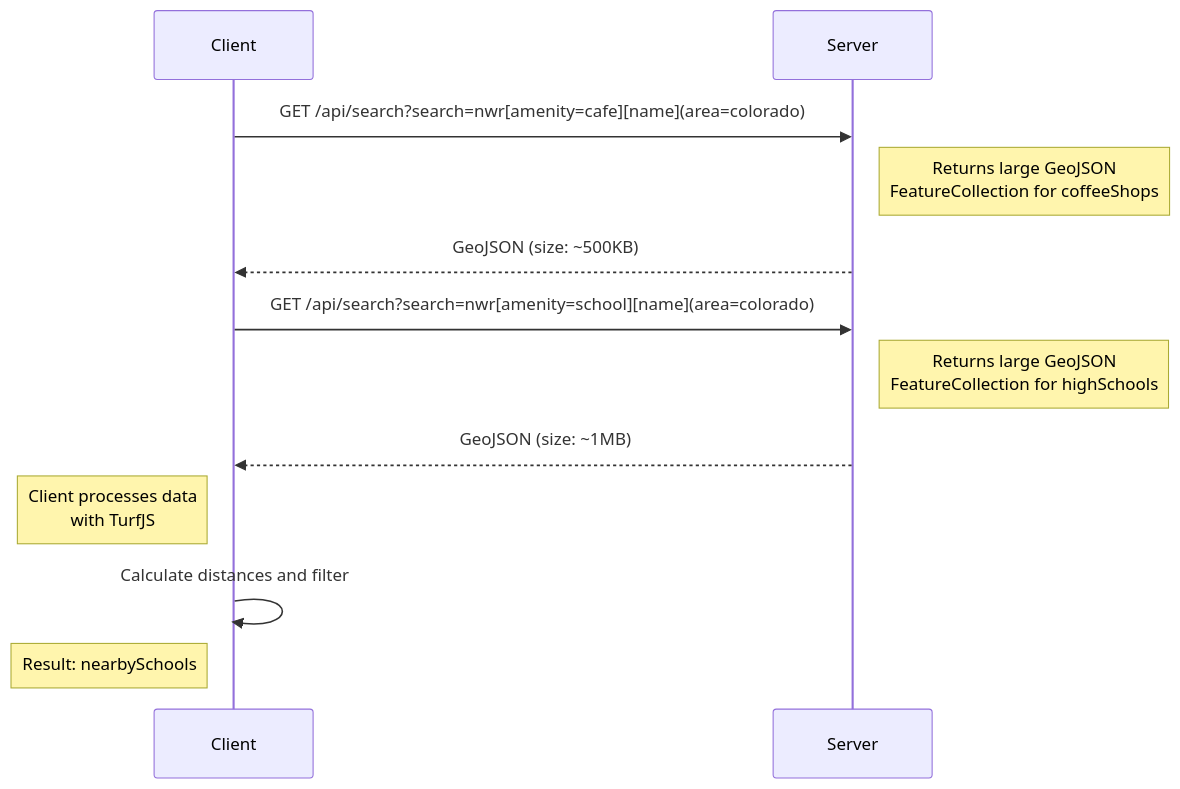
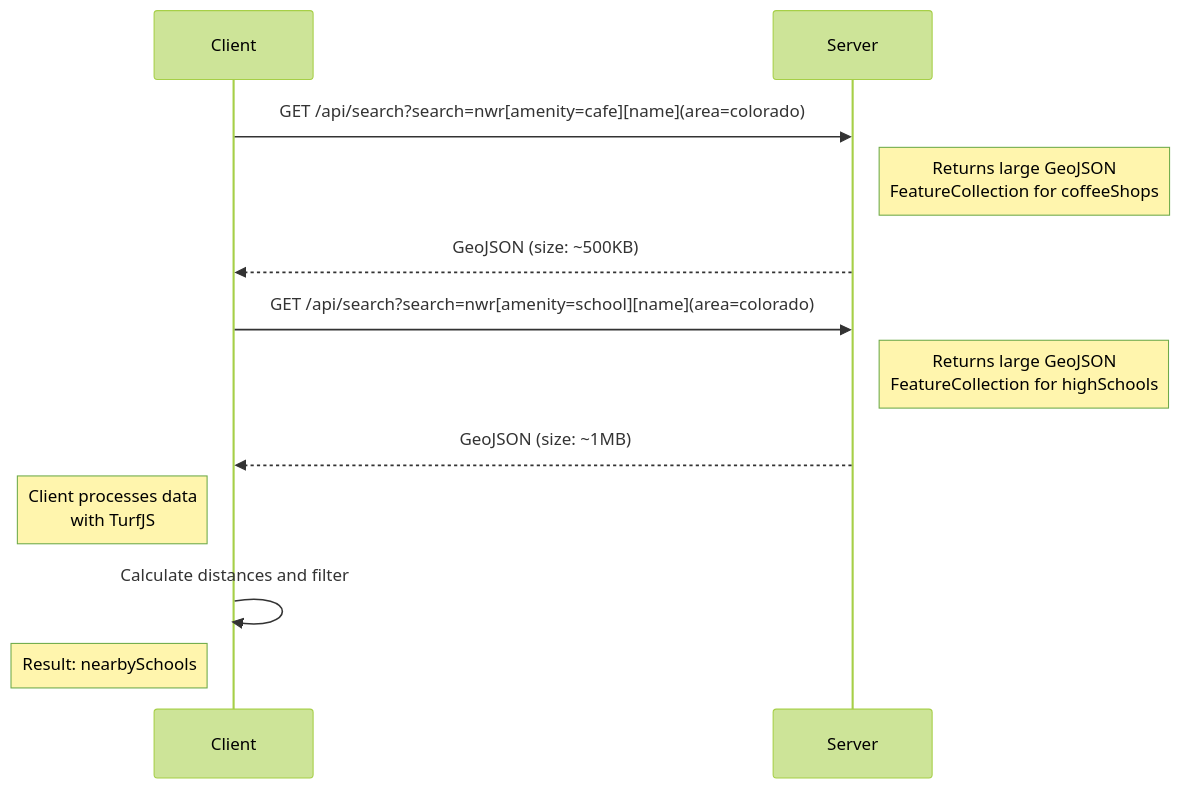
The diagram in written/posts/2025-01-26.md (jtarchie/site), drawn with Mermaid before and after one commit. The commit also changed 4 other files, not shown here.

Commit message:
fix mermaid till dark mode can be done

````diff
--- a/written/posts/2025-01-26.md
+++ b/written/posts/2025-01-26.md
@@ -79,14 +79,15 @@
 ```mermaid
+%%{init: {'theme':'forest'}}%%
 sequenceDiagram
     participant Client
     participant Server
     Client->>Server: GET /api/search?search=nwr[amenity=cafe][name](area=colorado)
     Note right of Server: Returns large GeoJSON<br>FeatureCollection for coffeeShops
     Server-->>Client: GeoJSON (size: ~500KB)
     Client->>Server: GET /api/search?search=nwr[amenity=school][name](area=colorado)
     Note right of Server: Returns large GeoJSON<br>FeatureCollection for highSchools
     Server-->>Client: GeoJSON (size: ~1MB)
     Note left of Client: Client processes data<br>with TurfJS
     Client->>Client: Calculate distances and filter
     Note left of Client: Result: nearbySchools
 ```
````
